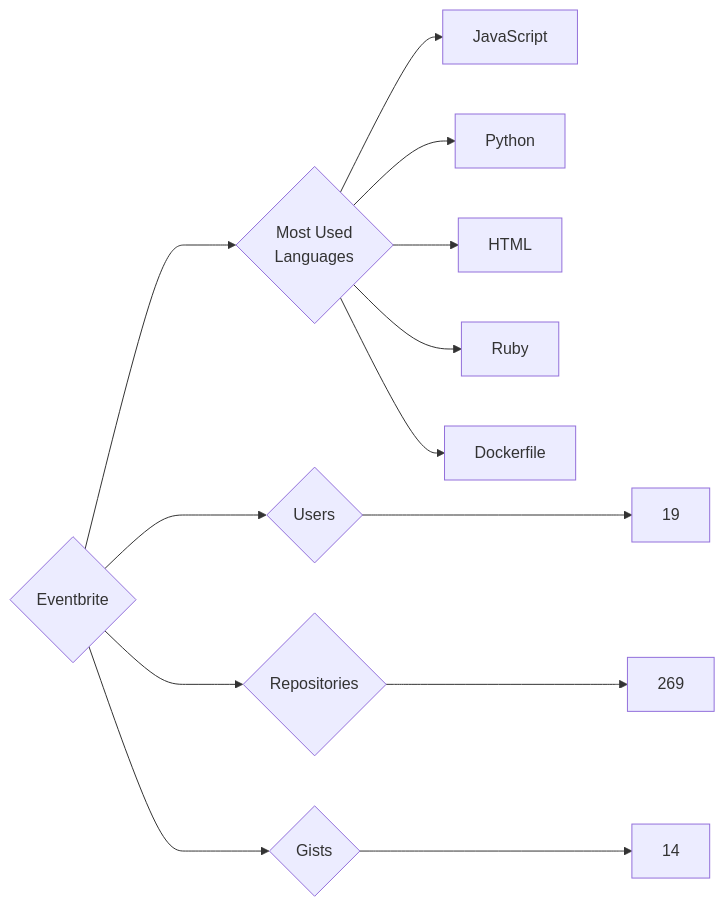
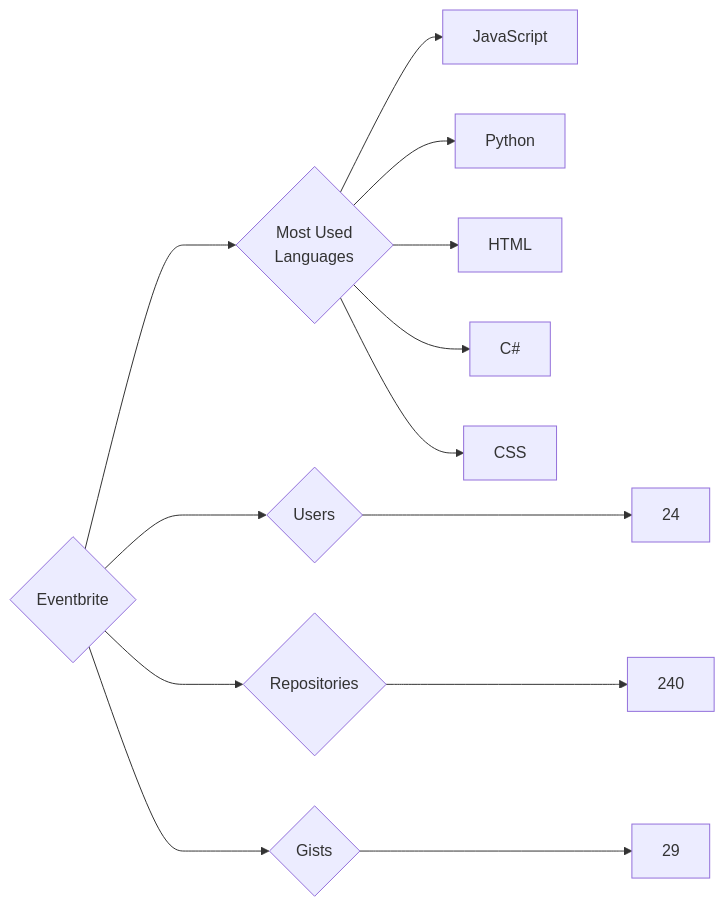
The diagram in targets/Eventbrite/README.md (trickest/insiders), drawn with Mermaid before and after one commit. The commit also changed 749 other files, not shown here.

````diff
--- a/targets/Eventbrite/README.md
+++ b/targets/Eventbrite/README.md
@@ -3,13 +3,13 @@
 ```mermaid
 graph LR
 COMPANY_NAME{Eventbrite}
-COMPANY_NAME ---> U{Users} ---> UN[19]
-COMPANY_NAME ---> R{Repositories} ---> RN[269]
-COMPANY_NAME ---> G{Gists} ---> GN[14]
+COMPANY_NAME ---> U{Users} ---> UN[24]
+COMPANY_NAME ---> R{Repositories} ---> RN[240]
+COMPANY_NAME ---> G{Gists} ---> GN[29]
 COMPANY_NAME ---> ML{Most Used<br>Languages}
 ML --> JavaScript[JavaScript]
 ML --> Python[Python]
 ML --> HTML[HTML]
-ML --> Ruby[Ruby]
-ML --> Dockerfile[Dockerfile]
+ML --> C#[C#]
+ML --> CSS[CSS]
 ```
````
